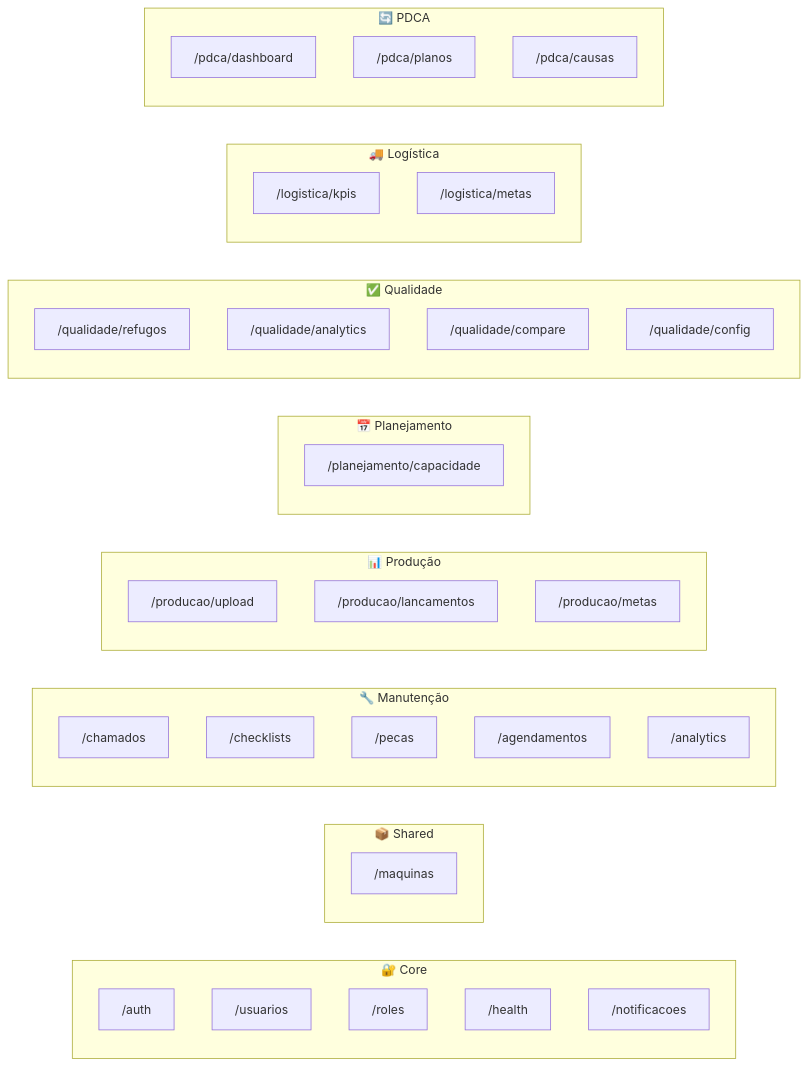
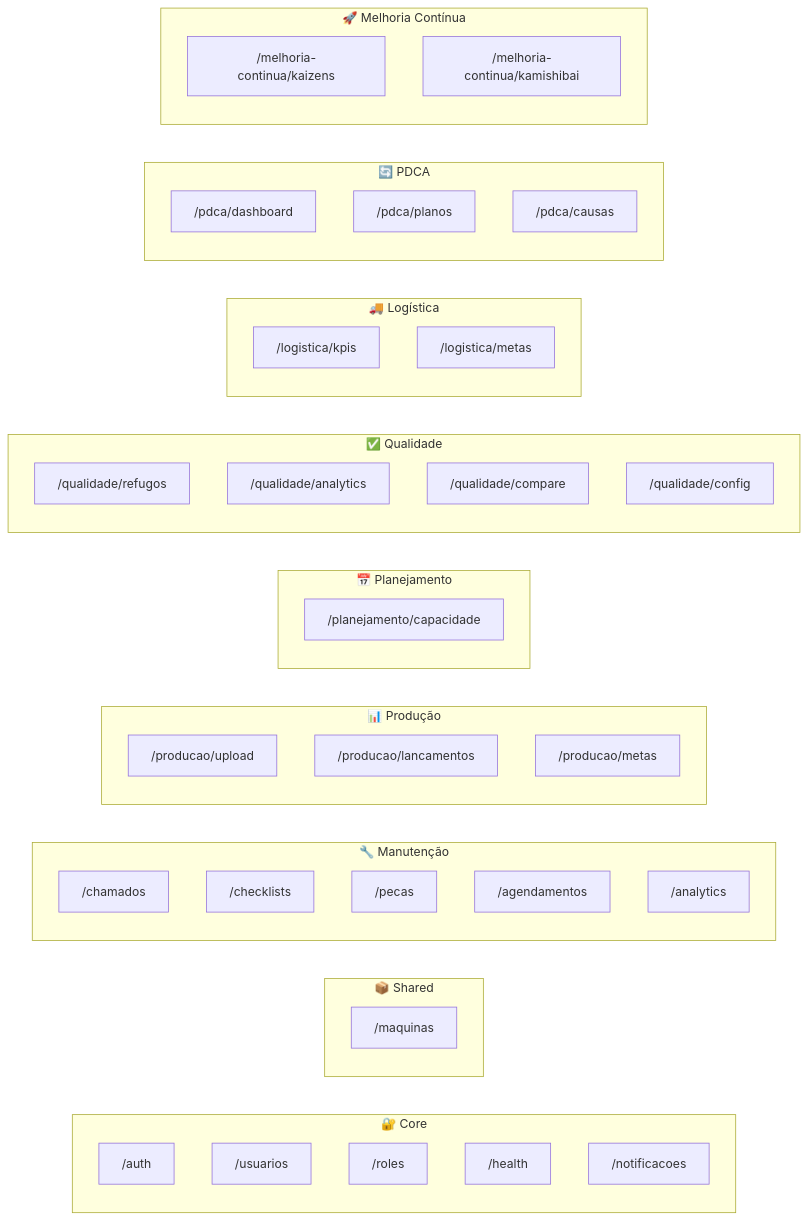
One commit to ci-palazini/SpiraView changed the second of 3 diagrams in docs/ARCHITECTURE.md. Above: the diagram before and after it, drawn with Mermaid. The commit also changed other lines of this file and 29 other files, not shown here.

````diff
--- a/docs/ARCHITECTURE.md
+++ b/docs/ARCHITECTURE.md
@@ -82,50 +82,55 @@
 ```mermaid
 flowchart LR
     subgraph Core["🔐 Core"]
         auth["/auth"]
         usuarios["/usuarios"]
         roles["/roles"]
         health["/health"]
         notificacoes["/notificacoes"]
     end
     
     subgraph Shared["📦 Shared"]
         maquinas["/maquinas"]
     end
     
     subgraph Manutencao["🔧 Manutenção"]
         chamados["/chamados"]
         checklists["/checklists"]
         pecas["/pecas"]
         agendamentos["/agendamentos"]
         analytics["/analytics"]
     end
     
     subgraph Producao["📊 Produção"]
         upload["/producao/upload"]
         lancamentos["/producao/lancamentos"]
         metas["/producao/metas"]
     end
     
     subgraph Planejamento["📅 Planejamento"]
         capacidade["/planejamento/capacidade"]
     end
     
     subgraph Qualidade["✅ Qualidade"]
         refugos["/qualidade/refugos"]
         qualAnalytics["/qualidade/analytics"]
         qualCompare["/qualidade/compare"]
         qualConfig["/qualidade/config"]
     end
     
     subgraph Logistica["🚚 Logística"]
         kpis["/logistica/kpis"]
         logMetas["/logistica/metas"]
     end
     
     subgraph PDCA["🔄 PDCA"]
         pdcaDash["/pdca/dashboard"]
         planos["/pdca/planos"]
         causas["/pdca/causas"]
     end
+    
+    subgraph MelhoriaContinua["🚀 Melhoria Contínua"]
+        kaizens["/melhoria-continua/kaizens"]
+        kamishibai["/melhoria-continua/kamishibai"]
+    end
 ```
````
